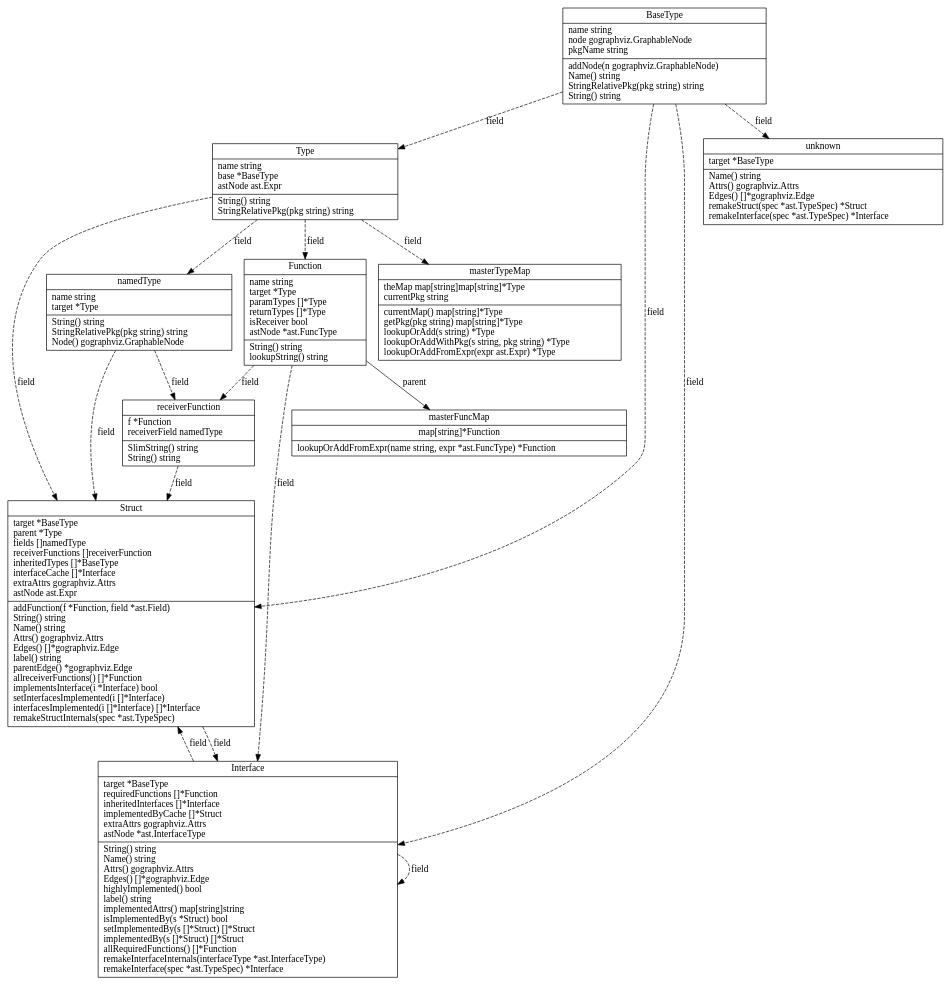
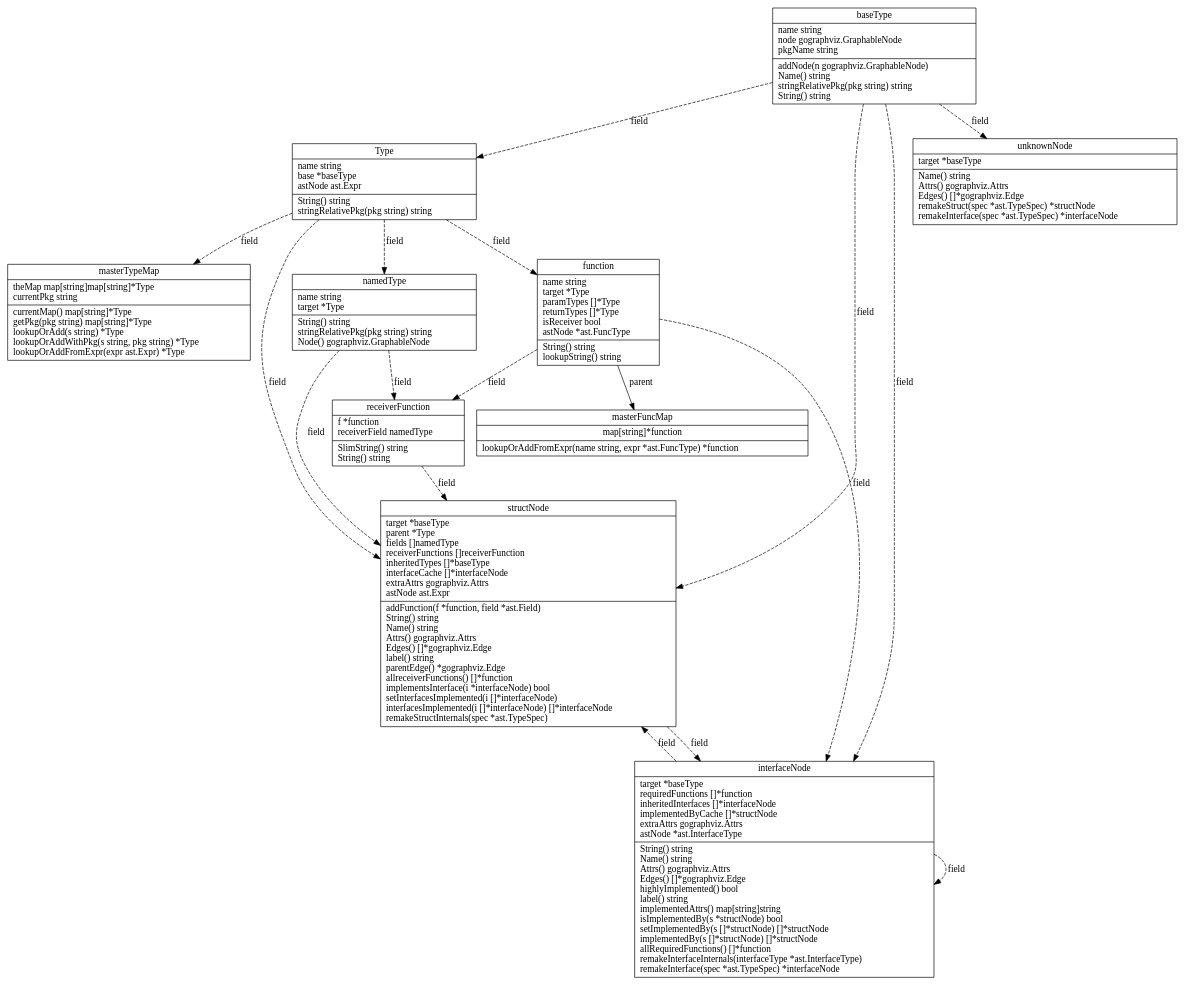
The diagram in code_examples/golangTypeGraph/golang.dot (FireGoblin/golangTypeGraph), drawn with Graphviz before and after one commit. The commit also changed 8 other files, not shown here.

```diff
--- a/code_examples/golangTypeGraph/golang.dot
+++ b/code_examples/golangTypeGraph/golang.dot
@@ -1,30 +1,30 @@
 digraph golangTypeGraph {
-	Function->masterFuncMap[ label=parent, style=solid ];
 	Type->masterTypeMap[ label=field, style=dashed ];
 	Type->namedType[ label=field, style=dashed ];
-	Function->receiverFunction[ label=field, style=dashed ];
+	function->receiverFunction[ label=field, style=dashed ];
 	namedType->receiverFunction[ label=field, style=dashed ];
-	BaseType->Struct[ label=field, style=dashed ];
-	Type->Struct[ label=field, style=dashed ];
-	namedType->Struct[ label=field, style=dashed ];
-	receiverFunction->Struct[ label=field, style=dashed ];
-	Interface->Struct[ label=field, style=dashed ];
-	BaseType->Interface[ label=field, style=dashed ];
-	Function->Interface[ label=field, style=dashed ];
-	Interface->Interface[ label=field, style=dashed ];
-	Struct->Interface[ label=field, style=dashed ];
-	BaseType->Type[ label=field, style=dashed ];
-	BaseType->unknown[ label=field, style=dashed ];
-	Type->Function[ label=field, style=dashed ];
-	BaseType [ label="{BaseType|name string\lnode gographviz.GraphableNode\lpkgName string\l|addNode(n gographviz.GraphableNode) \lName() string\lStringRelativePkg(pkg string) string\lString() string\l}", shape=record ];
-	Function [ label="{Function|name string\ltarget *Type\lparamTypes []*Type\lreturnTypes []*Type\lisReceiver bool\lastNode *ast.FuncType\l|String() string\llookupString() string\l}", shape=record ];
-	Interface [ label="{Interface|target *BaseType\lrequiredFunctions []*Function\linheritedInterfaces []*Interface\limplementedByCache []*Struct\lextraAttrs gographviz.Attrs\lastNode *ast.InterfaceType\l|String() string\lName() string\lAttrs() gographviz.Attrs\lEdges() []*gographviz.Edge\lhighlyImplemented() bool\llabel() string\limplementedAttrs() map[string]string\lisImplementedBy(s *Struct) bool\lsetImplementedBy(s []*Struct) []*Struct\limplementedBy(s []*Struct) []*Struct\lallRequiredFunctions() []*Function\lremakeInterfaceInternals(interfaceType *ast.InterfaceType) \lremakeInterface(spec *ast.TypeSpec) *Interface\l}", shape=record ];
-	Struct [ label="{Struct|target *BaseType\lparent *Type\lfields []namedType\lreceiverFunctions []receiverFunction\linheritedTypes []*BaseType\linterfaceCache []*Interface\lextraAttrs gographviz.Attrs\lastNode ast.Expr\l|addFunction(f *Function, field *ast.Field) \lString() string\lName() string\lAttrs() gographviz.Attrs\lEdges() []*gographviz.Edge\llabel() string\lparentEdge() *gographviz.Edge\lallreceiverFunctions() []*Function\limplementsInterface(i *Interface) bool\lsetInterfacesImplemented(i []*Interface) \linterfacesImplemented(i []*Interface) []*Interface\lremakeStructInternals(spec *ast.TypeSpec) \l}", shape=record ];
-	Type [ label="{Type|name string\lbase *BaseType\lastNode ast.Expr\l|String() string\lStringRelativePkg(pkg string) string\l}", shape=record ];
-	masterFuncMap [ label="{masterFuncMap|map[string]*Function|lookupOrAddFromExpr(name string, expr *ast.FuncType) *Function\l}", shape=record ];
+	baseType->Type[ label=field, style=dashed ];
+	Type->function[ label=field, style=dashed ];
+	baseType->structNode[ label=field, style=dashed ];
+	Type->structNode[ label=field, style=dashed ];
+	namedType->structNode[ label=field, style=dashed ];
+	receiverFunction->structNode[ label=field, style=dashed ];
+	interfaceNode->structNode[ label=field, style=dashed ];
+	baseType->unknownNode[ label=field, style=dashed ];
+	baseType->interfaceNode[ label=field, style=dashed ];
+	function->interfaceNode[ label=field, style=dashed ];
+	interfaceNode->interfaceNode[ label=field, style=dashed ];
+	structNode->interfaceNode[ label=field, style=dashed ];
+	function->masterFuncMap[ label=parent, style=solid ];
+	Type [ label="{Type|name string\lbase *baseType\lastNode ast.Expr\l|String() string\lstringRelativePkg(pkg string) string\l}", shape=record ];
+	baseType [ label="{baseType|name string\lnode gographviz.GraphableNode\lpkgName string\l|addNode(n gographviz.GraphableNode) \lName() string\lstringRelativePkg(pkg string) string\lString() string\l}", shape=record ];
+	function [ label="{function|name string\ltarget *Type\lparamTypes []*Type\lreturnTypes []*Type\lisReceiver bool\lastNode *ast.FuncType\l|String() string\llookupString() string\l}", shape=record ];
+	interfaceNode [ label="{interfaceNode|target *baseType\lrequiredFunctions []*function\linheritedInterfaces []*interfaceNode\limplementedByCache []*structNode\lextraAttrs gographviz.Attrs\lastNode *ast.InterfaceType\l|String() string\lName() string\lAttrs() gographviz.Attrs\lEdges() []*gographviz.Edge\lhighlyImplemented() bool\llabel() string\limplementedAttrs() map[string]string\lisImplementedBy(s *structNode) bool\lsetImplementedBy(s []*structNode) []*structNode\limplementedBy(s []*structNode) []*structNode\lallRequiredFunctions() []*function\lremakeInterfaceInternals(interfaceType *ast.InterfaceType) \lremakeInterface(spec *ast.TypeSpec) *interfaceNode\l}", shape=record ];
+	masterFuncMap [ label="{masterFuncMap|map[string]*function|lookupOrAddFromExpr(name string, expr *ast.FuncType) *function\l}", shape=record ];
 	masterTypeMap [ label="{masterTypeMap|theMap map[string]map[string]*Type\lcurrentPkg string\l|currentMap() map[string]*Type\lgetPkg(pkg string) map[string]*Type\llookupOrAdd(s string) *Type\llookupOrAddWithPkg(s string, pkg string) *Type\llookupOrAddFromExpr(expr ast.Expr) *Type\l}", shape=record ];
-	namedType [ label="{namedType|name string\ltarget *Type\l|String() string\lStringRelativePkg(pkg string) string\lNode() gographviz.GraphableNode\l}", shape=record ];
-	receiverFunction [ label="{receiverFunction|f *Function\lreceiverField namedType\l|SlimString() string\lString() string\l}", shape=record ];
-	unknown [ label="{unknown|target *BaseType\l|Name() string\lAttrs() gographviz.Attrs\lEdges() []*gographviz.Edge\lremakeStruct(spec *ast.TypeSpec) *Struct\lremakeInterface(spec *ast.TypeSpec) *Interface\l}", shape=record ];
+	namedType [ label="{namedType|name string\ltarget *Type\l|String() string\lstringRelativePkg(pkg string) string\lNode() gographviz.GraphableNode\l}", shape=record ];
+	receiverFunction [ label="{receiverFunction|f *function\lreceiverField namedType\l|SlimString() string\lString() string\l}", shape=record ];
+	structNode [ label="{structNode|target *baseType\lparent *Type\lfields []namedType\lreceiverFunctions []receiverFunction\linheritedTypes []*baseType\linterfaceCache []*interfaceNode\lextraAttrs gographviz.Attrs\lastNode ast.Expr\l|addFunction(f *function, field *ast.Field) \lString() string\lName() string\lAttrs() gographviz.Attrs\lEdges() []*gographviz.Edge\llabel() string\lparentEdge() *gographviz.Edge\lallreceiverFunctions() []*function\limplementsInterface(i *interfaceNode) bool\lsetInterfacesImplemented(i []*interfaceNode) \linterfacesImplemented(i []*interfaceNode) []*interfaceNode\lremakeStructInternals(spec *ast.TypeSpec) \l}", shape=record ];
+	unknownNode [ label="{unknownNode|target *baseType\l|Name() string\lAttrs() gographviz.Attrs\lEdges() []*gographviz.Edge\lremakeStruct(spec *ast.TypeSpec) *structNode\lremakeInterface(spec *ast.TypeSpec) *interfaceNode\l}", shape=record ];
 
 }
```
